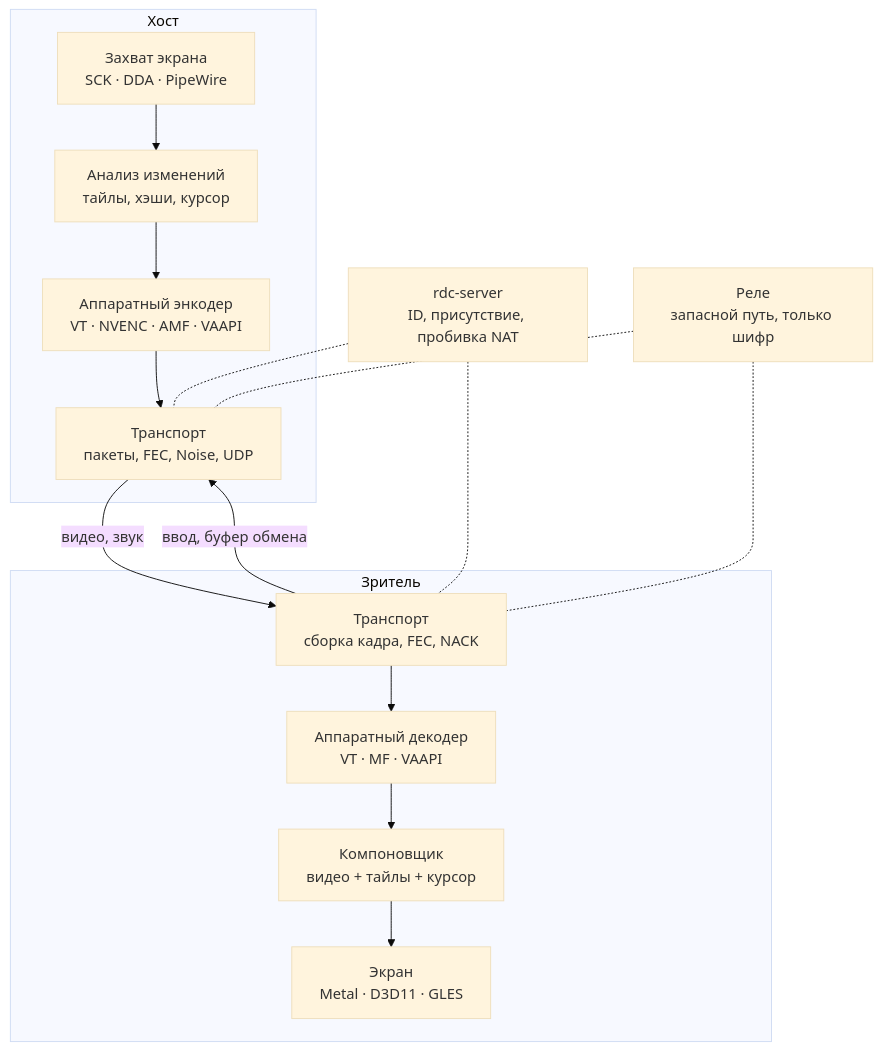
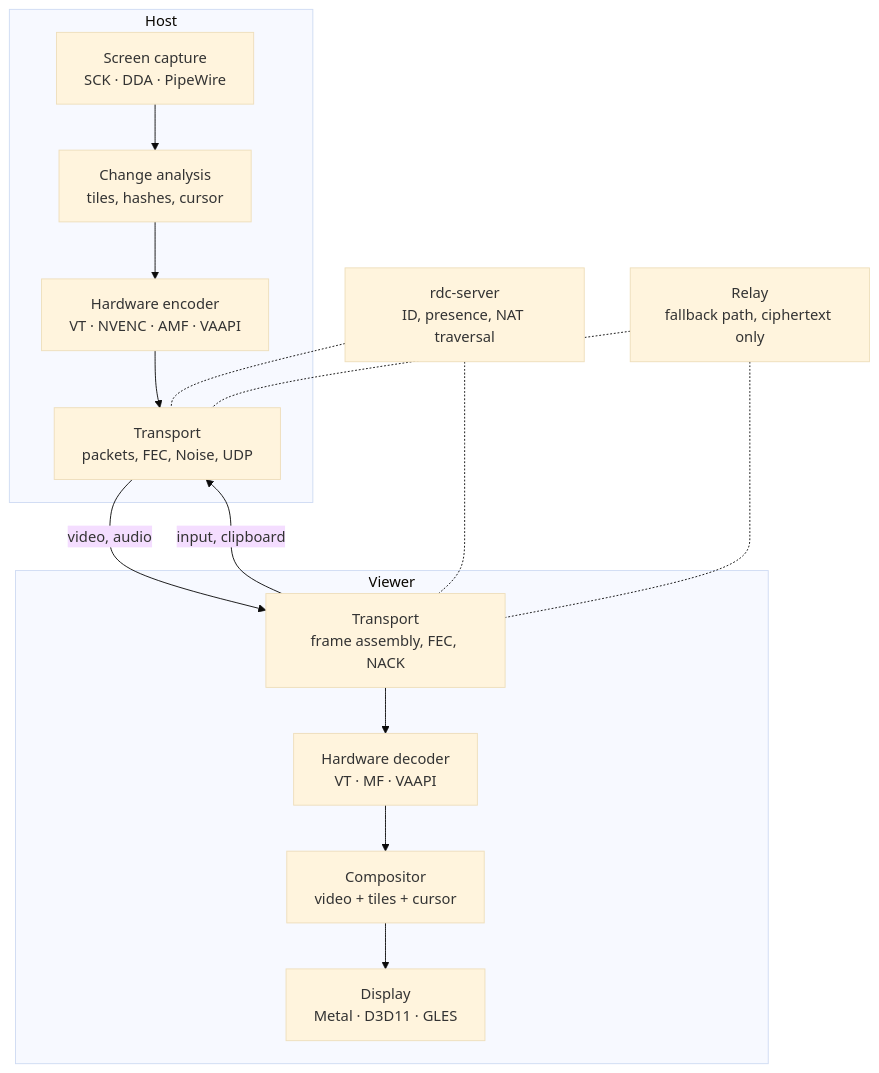
The diagram in docs/PLAN.md (ANODs/RDC), drawn with Mermaid (base theme) before and after one commit. The commit also changed other lines of this file and 45 other files, not shown here.

````diff
--- a/docs/PLAN.md
+++ b/docs/PLAN.md
@@ -9,19 +9,19 @@
 ```mermaid
 flowchart TB
-  subgraph host["Хост"]
-    cap["Захват экрана<br/>SCK · DDA · PipeWire"] --> ana["Анализ изменений<br/>тайлы, хэши, курсор"]
-    ana --> enc["Аппаратный энкодер<br/>VT · NVENC · AMF · VAAPI"]
-    enc --> th["Транспорт<br/>пакеты, FEC, Noise, UDP"]
+  subgraph host["Host"]
+    cap["Screen capture<br/>SCK · DDA · PipeWire"] --> ana["Change analysis<br/>tiles, hashes, cursor"]
+    ana --> enc["Hardware encoder<br/>VT · NVENC · AMF · VAAPI"]
+    enc --> th["Transport<br/>packets, FEC, Noise, UDP"]
   end
-  subgraph viewer["Зритель"]
-    tv["Транспорт<br/>сборка кадра, FEC, NACK"] --> dec["Аппаратный декодер<br/>VT · MF · VAAPI"]
-    dec --> cmp["Компоновщик<br/>видео + тайлы + курсор"]
-    cmp --> scr["Экран<br/>Metal · D3D11 · GLES"]
+  subgraph viewer["Viewer"]
+    tv["Transport<br/>frame assembly, FEC, NACK"] --> dec["Hardware decoder<br/>VT · MF · VAAPI"]
+    dec --> cmp["Compositor<br/>video + tiles + cursor"]
+    cmp --> scr["Display<br/>Metal · D3D11 · GLES"]
   end
-  th -- "видео, звук" --> tv
-  tv -- "ввод, буфер обмена" --> th
-  srv["rdc-server<br/>ID, присутствие, пробивка NAT"] -.- th
+  th -- "video, audio" --> tv
+  tv -- "input, clipboard" --> th
+  srv["rdc-server<br/>ID, presence, NAT traversal"] -.- th
   srv -.- tv
-  relay["Реле<br/>запасной путь, только шифр"] -.- th
+  relay["Relay<br/>fallback path, ciphertext only"] -.- th
   relay -.- tv
 ```
````
